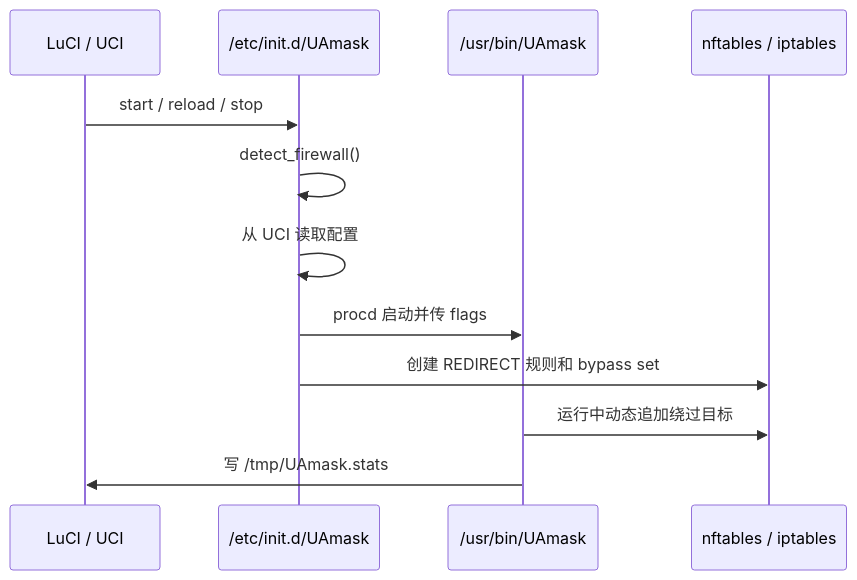
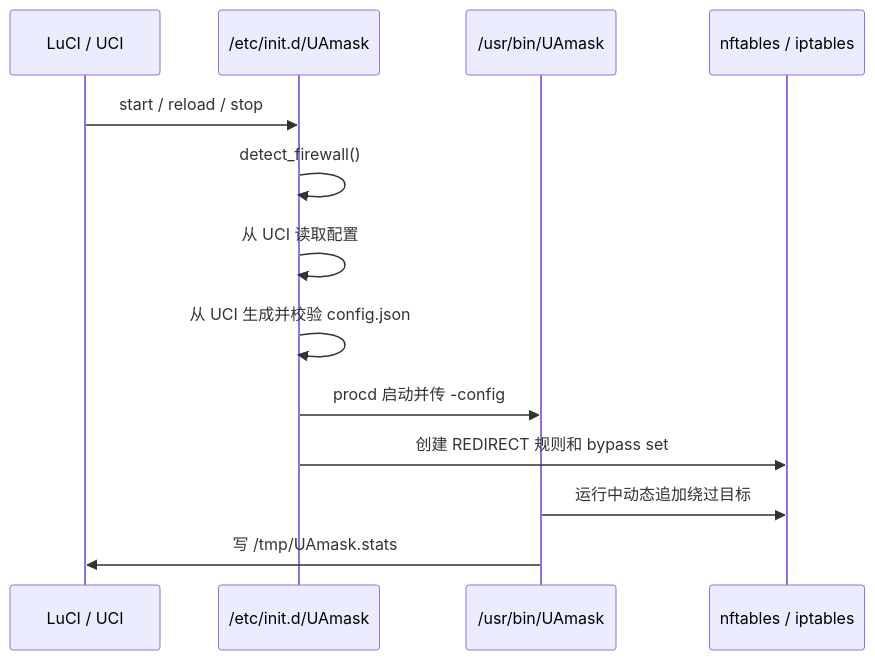
Diagram 14 of 15 in docs/architecture.md (Zesuy/UA-Mask), drawn with Mermaid before and after one commit. The commit also changed other lines of this file and 17 other files, not shown here.

Commit message:
refactor(config): introduce versioned JSON configuration

````diff
--- a/docs/architecture.md
+++ b/docs/architecture.md
@@ -591,15 +598,16 @@
 ```mermaid
 sequenceDiagram
     participant LuCI as LuCI / UCI
     participant Init as /etc/init.d/UAmask
     participant Core as /usr/bin/UAmask
     participant FW as nftables / iptables
 
     LuCI->>Init: start / reload / stop
     Init->>Init: detect_firewall()
     Init->>Init: 从 UCI 读取配置
-    Init->>Core: procd 启动并传 flags
+    Init->>Init: 从 UCI 生成并校验 config.json
+    Init->>Core: procd 启动并传 -config
     Init->>FW: 创建 REDIRECT 规则和 bypass set
     Core->>FW: 运行中动态追加绕过目标
     Core->>LuCI: 写 /tmp/UAmask.stats
 ```
````
